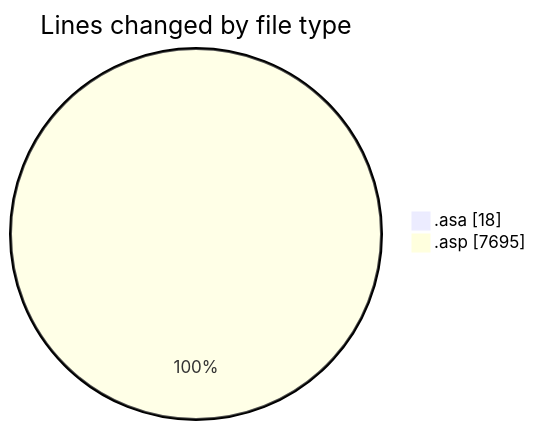
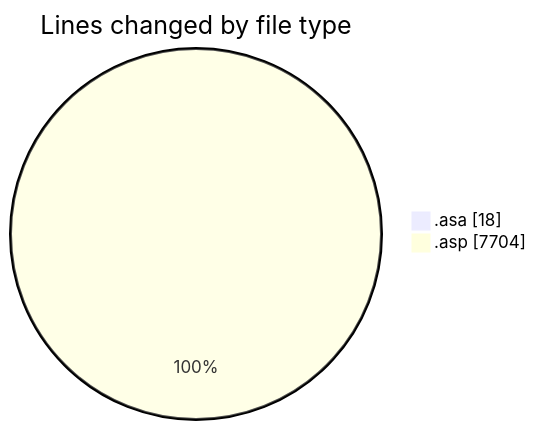
The first of 2 diagrams in 2025-11-06/usr_aleoudev_fr__workspace_/README.md (julien-gomy/code-tracking), drawn with Mermaid before and after one commit. The commit also changed other lines of this file and 1 other file, not shown here.

````diff
--- a/2025-11-06/usr_aleoudev_fr__workspace_/README.md
+++ b/2025-11-06/usr_aleoudev_fr__workspace_/README.md
@@ -24,6 +24,6 @@
 ```mermaid
 pie showData
 title Lines changed by file type
 ".asa" : 18
-".asp" : 7695
+".asp" : 7704
 ```
````
